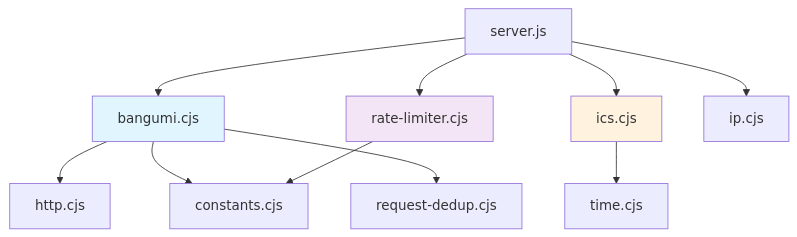
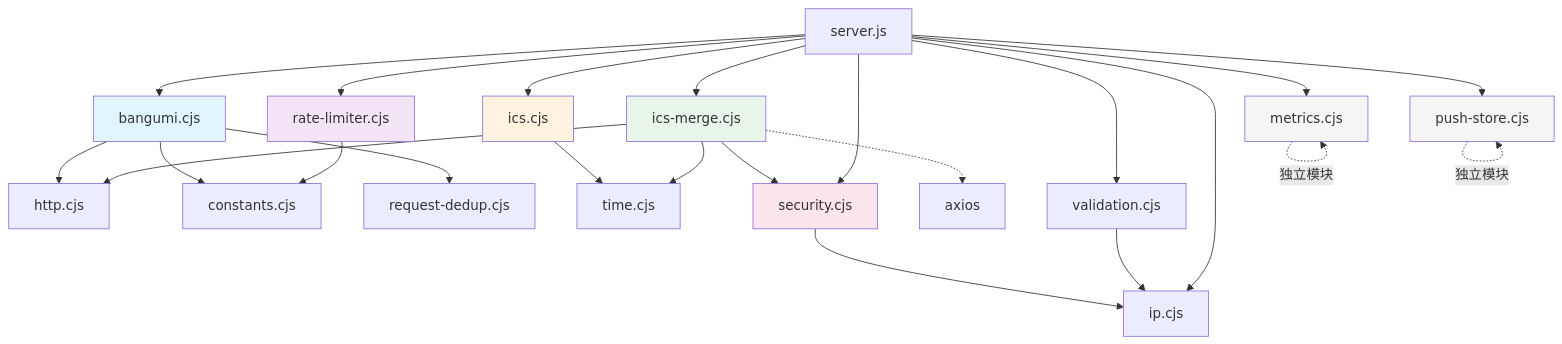
The diagram in utils/CLAUDE.md (Silentely/Bili-Calendar), drawn with Mermaid before and after one commit. The commit also changed other lines of this file and 6 other files, not shown here.

````diff
--- a/utils/CLAUDE.md
+++ b/utils/CLAUDE.md
@@ -635,19 +1017,40 @@
 ```mermaid
 graph TD
     A[bangumi.cjs] --> B[http.cjs]
     A --> C[constants.cjs]
     A --> D[request-dedup.cjs]
 
     E[ics.cjs] --> F[time.cjs]
 
+    M[ics-merge.cjs] --> B
+    M --> S[security.cjs]
+    M --> F
+    M -.-> axios
+
     G[rate-limiter.cjs] --> C
+
+    S --> I[ip.cjs]
+    V[validation.cjs] --> I
+
+    MT[metrics.cjs] -.-> |独立模块| MT
+
+    PS[push-store.cjs] -.-> |独立模块| PS
 
     H[server.js] --> A
     H --> E
+    H --> M
     H --> G
-    H --> I[ip.cjs]
+    H --> I
+    H --> S
+    H --> V
+    H --> MT
+    H --> PS
 
     style A fill:#e1f5ff
     style E fill:#fff3e0
     style G fill:#f3e5f5
+    style M fill:#e8f5e9
+    style S fill:#fce4ec
+    style MT fill:#f5f5f5
+    style PS fill:#f5f5f5
 ```
````
